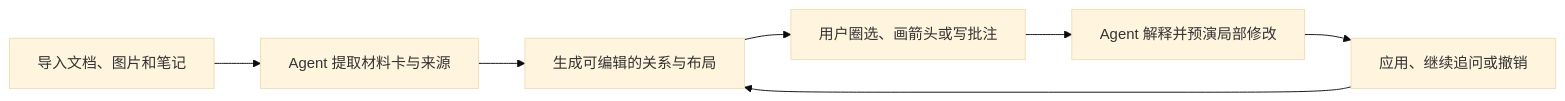
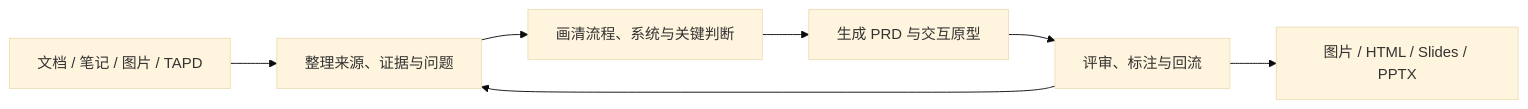
Before and after one commit to suud003/Cowart: the diagram in README.md, drawn with Mermaid (base theme). The commit also changed other lines of this file and 3 other files, not shown here.

````diff
--- a/README.md
+++ b/README.md
@@ -41,9 +29,9 @@
 ```mermaid
 flowchart LR
-  A["导入文档、图片和笔记"] --> B["Agent 提取材料卡与来源"]
-  B --> C["生成可编辑的关系与布局"]
-  C --> D["用户圈选、画箭头或写批注"]
-  D --> E["Agent 解释并预演局部修改"]
-  E --> F["应用、继续追问或撤销"]
-  F --> C
+  A["文档 / 笔记 / 图片 / TAPD"] --> B["整理来源、证据与问题"]
+  B --> C["画清流程、系统与关键判断"]
+  C --> D["生成 PRD 与交互原型"]
+  D --> E["评审、标注与回流"]
+  E --> F["图片 / HTML / Slides / PPTX"]
+  E --> B
 ```
````
